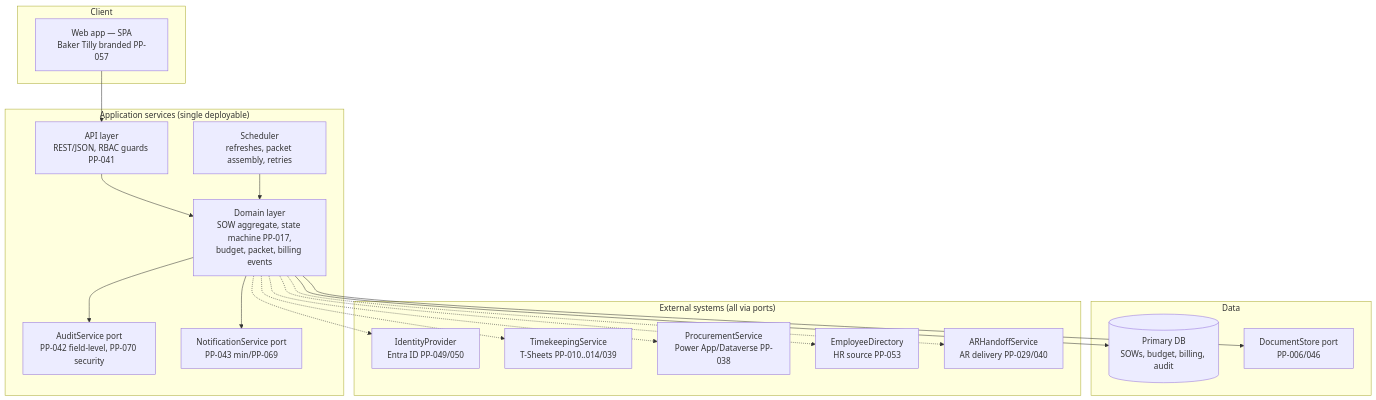
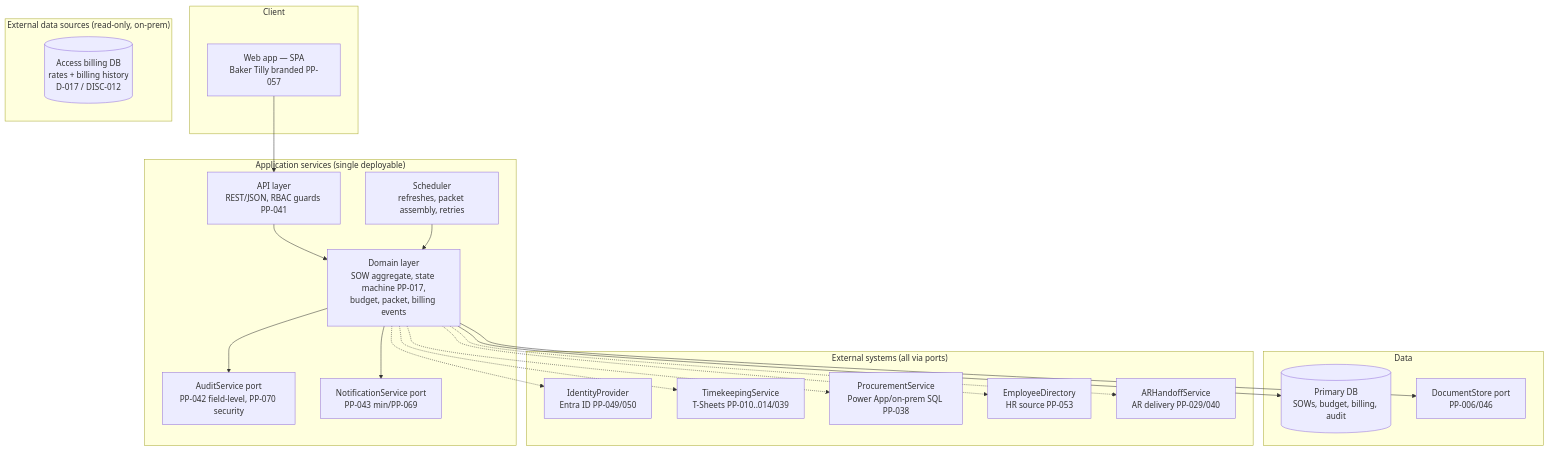
Before and after one commit to kcfike/ice-demo: the first of 2 diagrams in docs/architecture/architecture.md, drawn with Mermaid. The commit also changed other lines of this file and 8 other files, not shown here.

Commit message:
updated data architecture

````diff
--- a/docs/architecture/architecture.md
+++ b/docs/architecture/architecture.md
@@ -33,40 +33,44 @@
 ```mermaid
 flowchart TB
     subgraph Client
         WEB[Web app — SPA\nBaker Tilly branded PP-057]
     end
 
     subgraph App["Application services (single deployable)"]
         API[API layer\nREST/JSON, RBAC guards PP-041]
         DOM[Domain layer\nSOW aggregate, state machine PP-017,\nbudget, packet, billing events]
         AUD[AuditService port\nPP-042 field-level, PP-070 security]
         NOT[NotificationService port\nPP-043 min/PP-069]
         SCHED[Scheduler\nrefreshes, packet assembly, retries]
     end
 
     subgraph Data["Data"]
         DB[(Primary DB\nSOWs, budget, billing, audit)]
         DOC[DocumentStore port\nPP-006/046]
     end
 
+    subgraph ExtSrc["External data sources (read-only, on-prem)"]
+        ACC[(Access billing DB\nrates + billing history\nD-017 / DISC-012)]
+    end
+
     subgraph Ext["External systems (all via ports)"]
         IDP[IdentityProvider\nEntra ID PP-049/050]
         TK[TimekeepingService\nT-Sheets PP-010..014/039]
-        PROC[ProcurementService\nPower App/Dataverse PP-038]
+        PROC[ProcurementService\nPower App/on-prem SQL PP-038]
         EMP[EmployeeDirectory\nHR source PP-053]
         AR[ARHandoffService\nAR delivery PP-029/040]
     end
 
     WEB --> API
     API --> DOM
     DOM --> DB
     DOM --> DOC
     DOM --> AUD
     DOM --> NOT
     SCHED --> DOM
     DOM -.-> IDP
     DOM -.-> TK
     DOM -.-> PROC
     DOM -.-> EMP
     DOM -.-> AR
 ```
````
